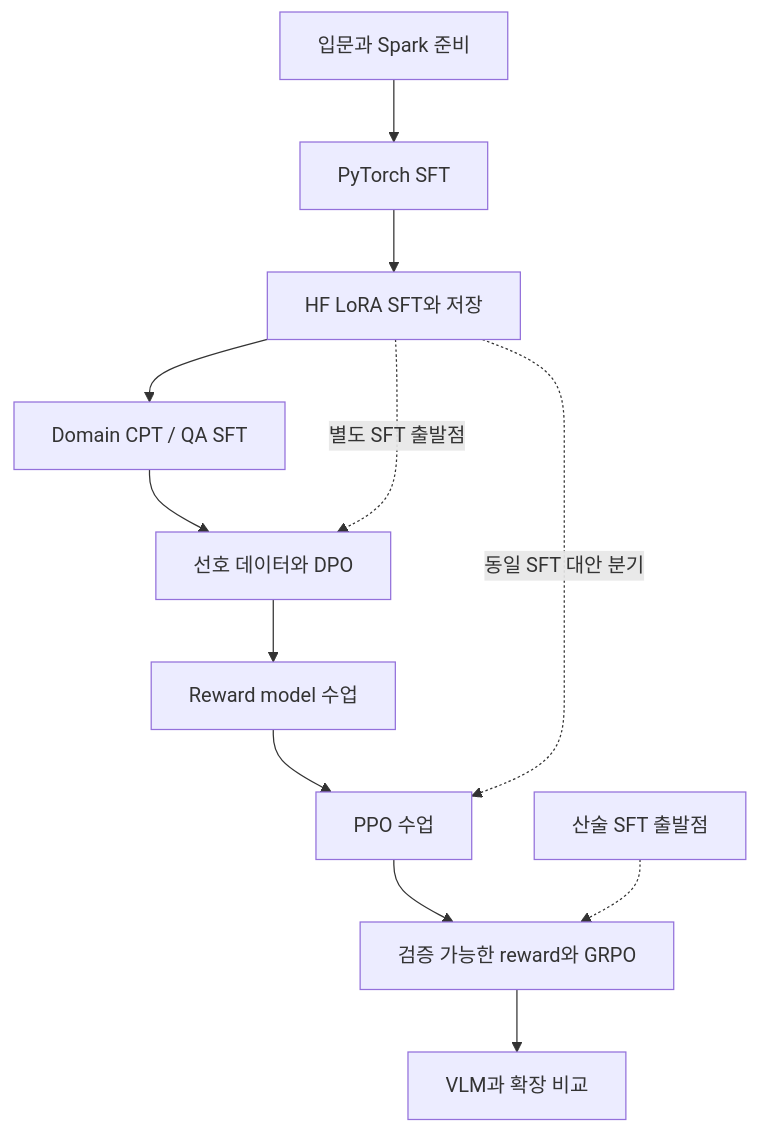
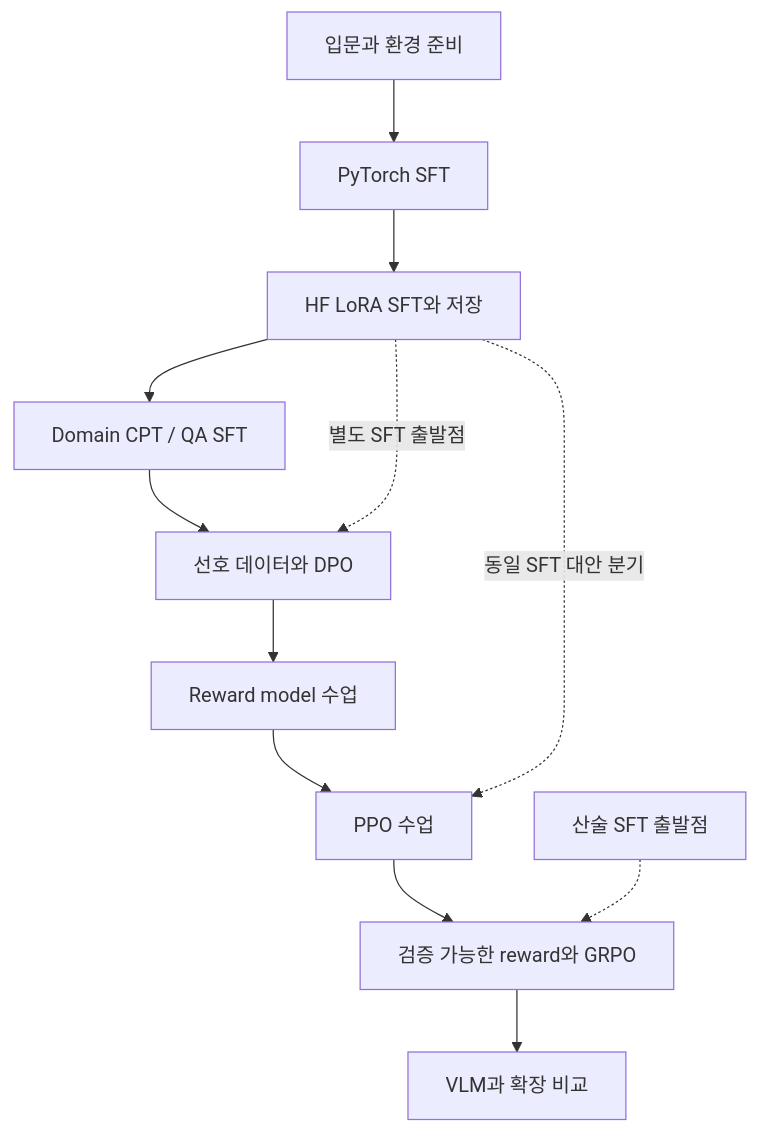
One commit to chywoo/Finetuning changed the diagram in docs/11_curriculum.md. Above: the diagram before and after it, drawn with Mermaid. The commit also changed other lines of this file and 25 other files, not shown here.

````diff
--- a/docs/11_curriculum.md
+++ b/docs/11_curriculum.md
@@ -41,14 +41,14 @@
 ```mermaid
 flowchart TD
-  A[입문과 Spark 준비] --> B[PyTorch SFT]
+  A[입문과 환경 준비] --> B[PyTorch SFT]
   B --> C[HF LoRA SFT와 저장]
   C --> D[Domain CPT / QA SFT]
   D --> E[선호 데이터와 DPO]
   E --> F[Reward model 수업]
   F --> G[PPO 수업]
   G --> H[검증 가능한 reward와 GRPO]
   H --> I[VLM과 확장 비교]
   C -. 별도 SFT 출발점 .-> E
   C -. 동일 SFT 대안 분기 .-> G
   M[산술 SFT 출발점] -.-> H
 ```
````
